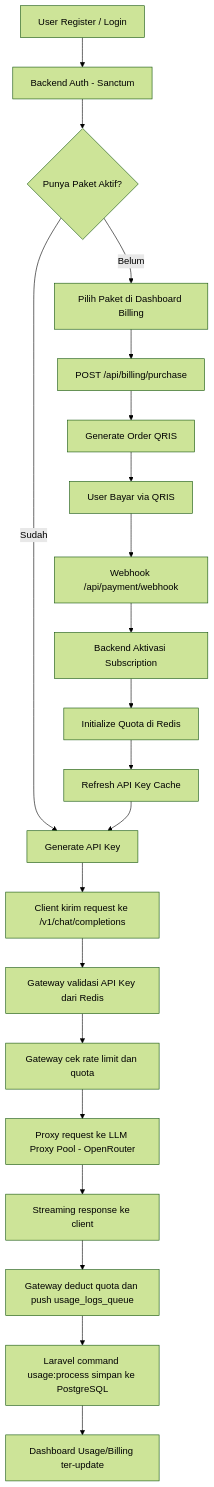
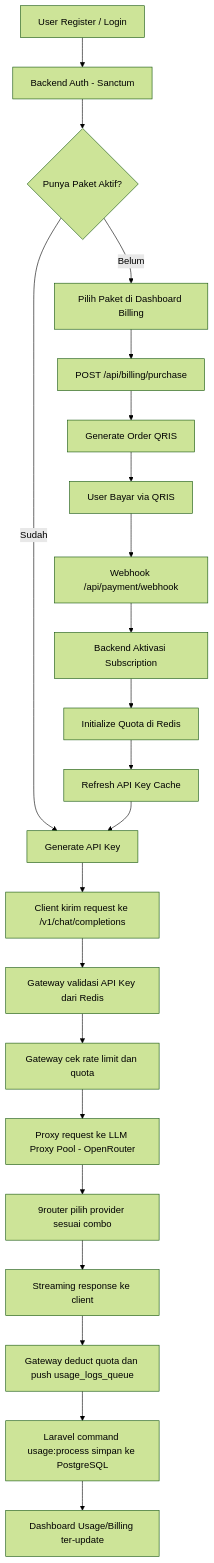
Before and after one commit to radacore/llmore: the second of 2 diagrams in README.md, drawn with Mermaid (forest theme). The commit also changed other lines of this file and 4 other files, not shown here.

````diff
--- a/README.md
+++ b/README.md
@@ -74,25 +76,26 @@
 ```mermaid
 flowchart TD
     A[User Register / Login] --> B[Backend Auth - Sanctum]
     B --> C{Punya Paket Aktif?}
 
     C -->|Belum| D[Pilih Paket di Dashboard Billing]
     D --> E[POST /api/billing/purchase]
     E --> F[Generate Order QRIS]
     F --> G[User Bayar via QRIS]
     G --> H[Webhook /api/payment/webhook]
     H --> I[Backend Aktivasi Subscription]
     I --> J[Initialize Quota di Redis]
     J --> K[Refresh API Key Cache]
 
     C -->|Sudah| L[Generate API Key]
     K --> L
     L --> M[Client kirim request ke /v1/chat/completions]
     M --> N[Gateway validasi API Key dari Redis]
     N --> O[Gateway cek rate limit dan quota]
     O --> P[Proxy request ke LLM Proxy Pool - OpenRouter]
-    P --> Q[Streaming response ke client]
+    P --> P2[9router pilih provider sesuai combo]
+    P2 --> Q[Streaming response ke client]
     Q --> R[Gateway deduct quota dan push usage_logs_queue]
     R --> S[Laravel command usage:process simpan ke PostgreSQL]
     S --> T[Dashboard Usage/Billing ter-update]
 ```
````
